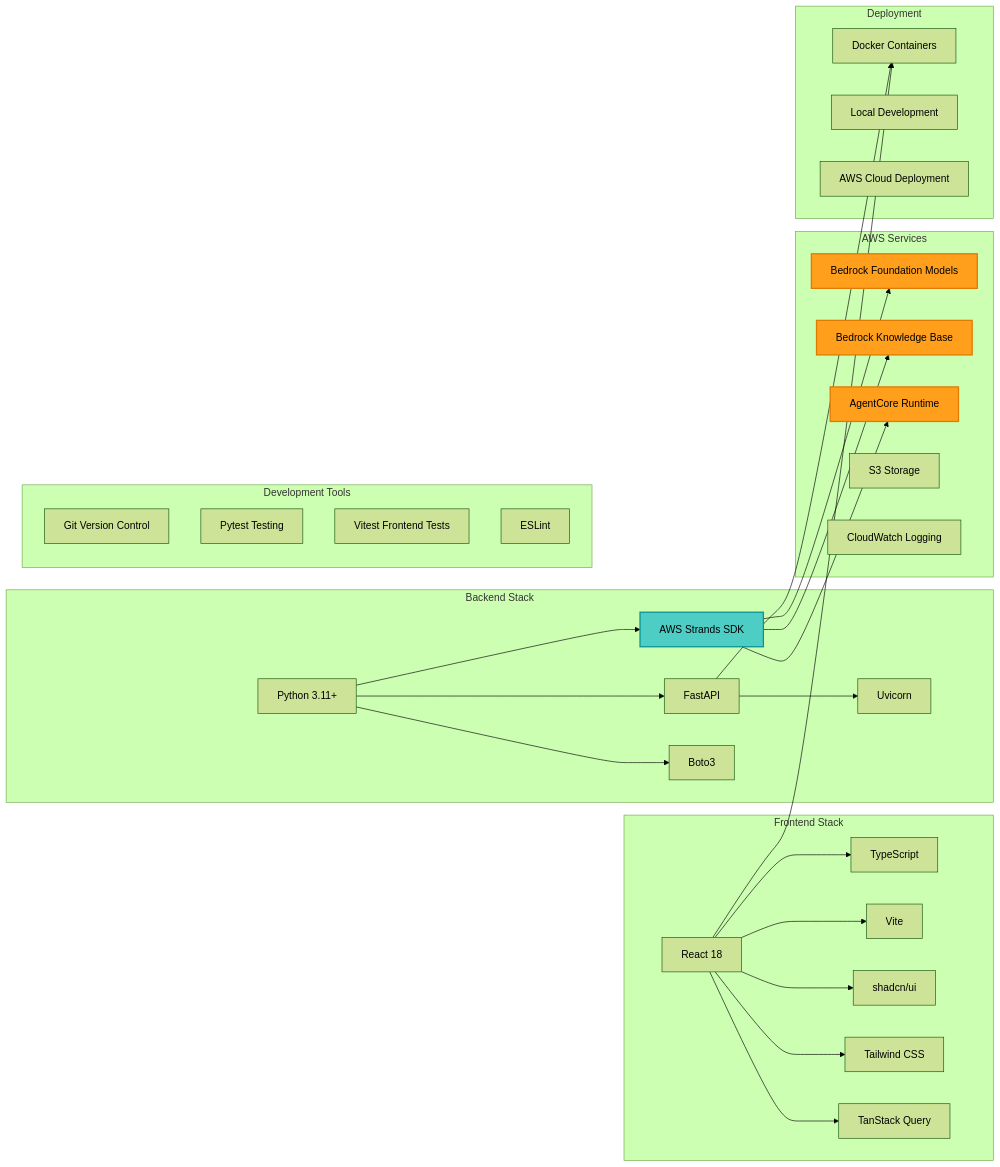
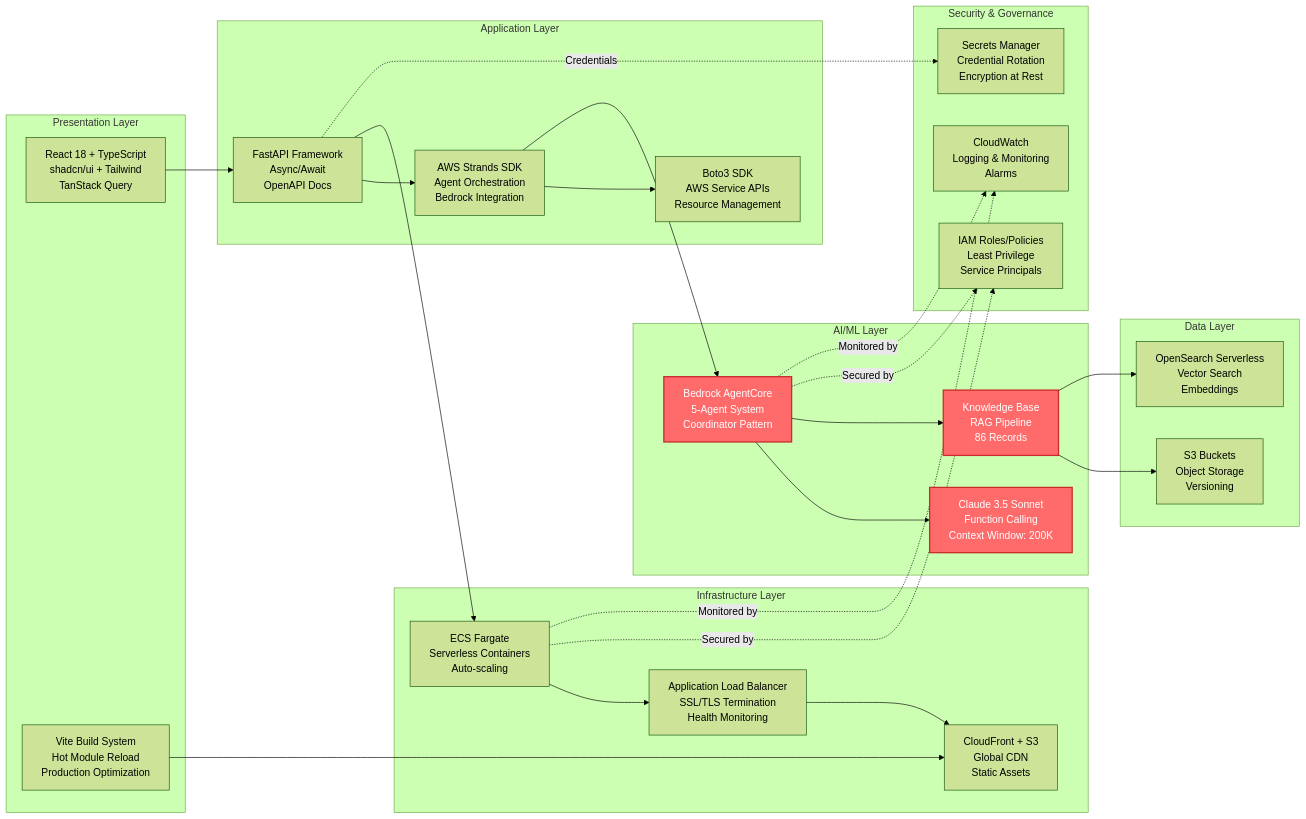
One commit to greetyv/test-repo-ai-hack changed the sixth of 13 diagrams in test-design-arch.md. Above: the diagram before and after it, drawn with Mermaid (forest theme). The commit also changed other lines of this file, not shown here.

First line of the commit message:
Revise AWS architecture documentation and diagrams

````diff
--- a/test-design-arch.md
+++ b/test-design-arch.md
@@ -318,63 +420,59 @@
 ```mermaid
 graph LR
-    subgraph "Frontend Stack"
-        REACT[React 18]
-        TS[TypeScript]
-        VITE[Vite]
-        SHADCN[shadcn/ui]
-        TW[Tailwind CSS]
-        TANSTACK[TanStack Query]
+    subgraph "Presentation Layer"
+        P1["React 18 + TypeScript<br/>shadcn/ui + Tailwind<br/>TanStack Query"]
+        P2["Vite Build System<br/>Hot Module Reload<br/>Production Optimization"]
     end
     
-    subgraph "Backend Stack"
-        PYTHON[Python 3.11+]
-        FASTAPI[FastAPI]
-        STRANDS_SDK[AWS Strands SDK]
-        BOTO3[Boto3]
-        UVICORN[Uvicorn]
+    subgraph "Application Layer"
+        A1["FastAPI Framework<br/>Async/Await<br/>OpenAPI Docs"]
+        A2["AWS Strands SDK<br/>Agent Orchestration<br/>Bedrock Integration"]
+        A3["Boto3 SDK<br/>AWS Service APIs<br/>Resource Management"]
     end
     
-    subgraph "AWS Services"
-        BEDROCK_FM[Bedrock Foundation Models]
-        BEDROCK_KB[Bedrock Knowledge Base]
-        AGENTCORE_RT[AgentCore Runtime]
-        S3[S3 Storage]
-        CLOUDWATCH[CloudWatch Logging]
+    subgraph "AI/ML Layer"
+        AI1["Bedrock AgentCore<br/>5-Agent System<br/>Coordinator Pattern"]
+        AI2["Claude 3.5 Sonnet<br/>Function Calling<br/>Context Window: 200K"]
+        AI3["Knowledge Base<br/>RAG Pipeline<br/>86 Records"]
     end
     
-    subgraph "Development Tools"
-        GIT[Git Version Control]
-        PYTEST[Pytest Testing]
-        VITEST[Vitest Frontend Tests]
-        ESLINT[ESLint]
+    subgraph "Infrastructure Layer"
+        I1["ECS Fargate<br/>Serverless Containers<br/>Auto-scaling"]
+        I2["Application Load Balancer<br/>SSL/TLS Termination<br/>Health Monitoring"]
+        I3["CloudFront + S3<br/>Global CDN<br/>Static Assets"]
     end
     
-    subgraph "Deployment"
-        DOCKER[Docker Containers]
-        LOCAL[Local Development]
-        CLOUD[AWS Cloud Deployment]
+    subgraph "Data Layer"
+        D1["S3 Buckets<br/>Object Storage<br/>Versioning"]
+        D2["OpenSearch Serverless<br/>Vector Search<br/>Embeddings"]
     end
     
-    REACT --> TS
-    REACT --> VITE
-    REACT --> SHADCN
-    REACT --> TW
-    REACT --> TANSTACK
+    subgraph "Security & Governance"
+        S1["IAM Roles/Policies<br/>Least Privilege<br/>Service Principals"]
+        S2["CloudWatch<br/>Logging & Monitoring<br/>Alarms"]
+        S3["Secrets Manager<br/>Credential Rotation<br/>Encryption at Rest"]
+    end
     
-    PYTHON --> FASTAPI
-    PYTHON --> STRANDS_SDK
-    PYTHON --> BOTO3
-    FASTAPI --> UVICORN
+    P1 --> A1
+    P2 --> I3
+    A1 --> A2
+    A2 --> A3
+    A2 --> AI1
+    AI1 --> AI2
+    AI1 --> AI3
+    AI3 --> D1
+    AI3 --> D2
+    A1 --> I1
+    I1 --> I2
+    I2 --> I3
     
-    STRANDS_SDK --> BEDROCK_FM
-    STRANDS_SDK --> BEDROCK_KB
-    STRANDS_SDK --> AGENTCORE_RT
+    I1 -.->|Secured by| S1
+    AI1 -.->|Secured by| S1
+    I1 -.->|Monitored by| S2
+    AI1 -.->|Monitored by| S2
+    A1 -.->|Credentials| S3
     
-    FASTAPI --> DOCKER
-    REACT --> DOCKER
-    
-    style BEDROCK_FM fill:#FF9F1C,stroke:#E07A00,stroke-width:2px
-    style BEDROCK_KB fill:#FF9F1C,stroke:#E07A00,stroke-width:2px
-    style AGENTCORE_RT fill:#FF9F1C,stroke:#E07A00,stroke-width:2px
-    style STRANDS_SDK fill:#4ECDC4,stroke:#0A9396,stroke-width:2px
+    style AI1 fill:#FF6B6B,stroke:#C92A2A,stroke-width:2px,color:#fff
+    style AI2 fill:#FF6B6B,stroke:#C92A2A,stroke-width:2px,color:#fff
+    style AI3 fill:#FF6B6B,stroke:#C92A2A,stroke-width:2px,color:#fff
 ```
````
